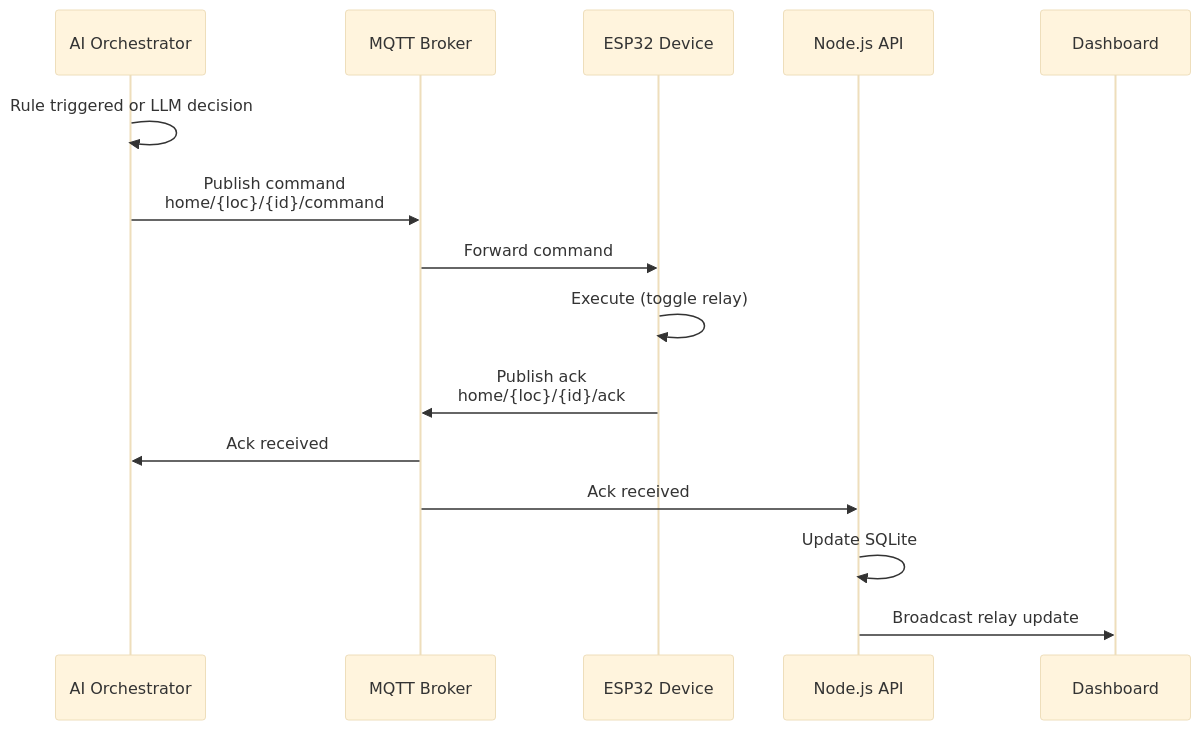
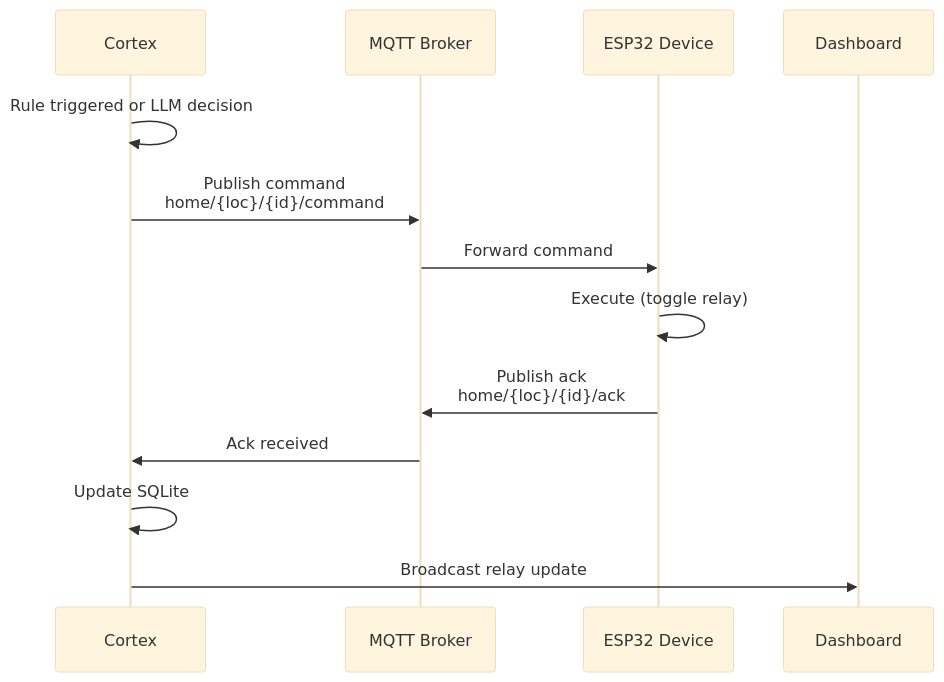
One commit to curtisblanchette/my-esp32-project changed the eighth of 8 diagrams in README.md. Above: the diagram before and after it, drawn with Mermaid (base theme). The commit also changed other lines of this file and 26 other files, not shown here.

````diff
--- a/README.md
+++ b/README.md
@@ -646,18 +616,16 @@
 ```mermaid
 sequenceDiagram
-    participant AI as AI Orchestrator
+    participant C as Cortex
     participant M as MQTT Broker
     participant D as ESP32 Device
-    participant API as Node.js API
     participant WS as Dashboard
 
-    AI->>AI: Rule triggered or LLM decision
-    AI->>M: Publish command<br/>home/{loc}/{id}/command
+    C->>C: Rule triggered or LLM decision
+    C->>M: Publish command<br/>home/{loc}/{id}/command
     M->>D: Forward command
     D->>D: Execute (toggle relay)
     D->>M: Publish ack<br/>home/{loc}/{id}/ack
-    M->>AI: Ack received
-    M->>API: Ack received
-    API->>API: Update SQLite
-    API->>WS: Broadcast relay update
+    M->>C: Ack received
+    C->>C: Update SQLite
+    C->>WS: Broadcast relay update
 ```
````
